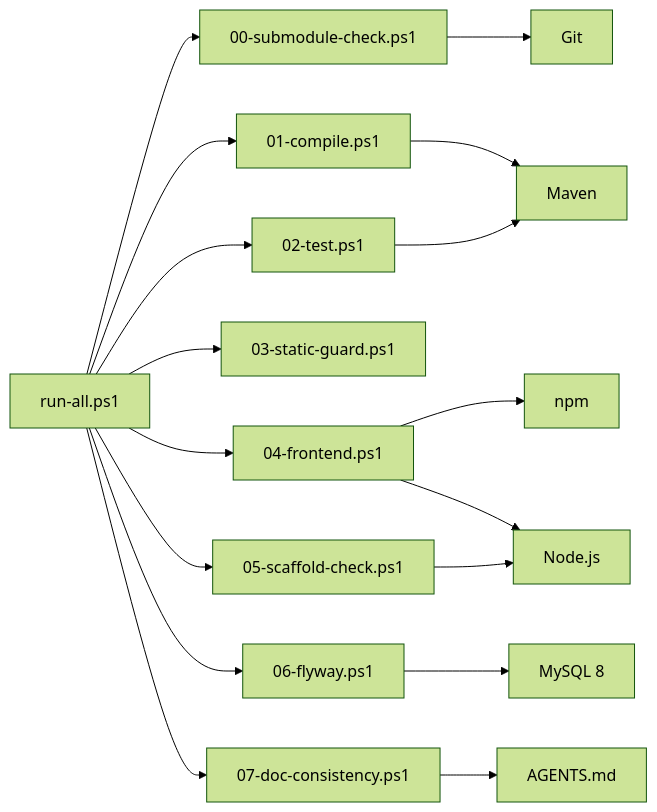
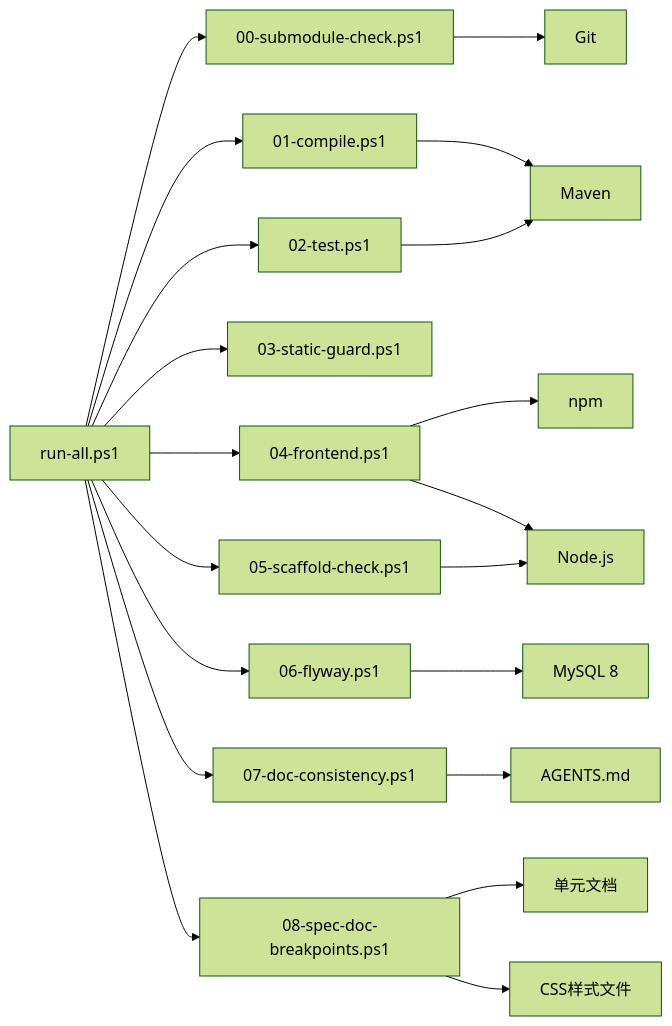
Before and after one commit to luyitiger6/my-first-project: diagram 12 of 12 in .qoder/repowiki/zh/content/自动化验证/自动化验证.md, drawn with Mermaid (forest theme). The commit also changed other lines of this file and 41 other files, not shown here.

````diff
--- a/.qoder/repowiki/zh/content/自动化验证/自动化验证.md
+++ b/.qoder/repowiki/zh/content/自动化验证/自动化验证.md
@@ -510,19 +572,22 @@
 ```mermaid
 graph LR
 RunAll["run-all.ps1"] --> Submodule["00-submodule-check.ps1"]
 RunAll --> Compile["01-compile.ps1"]
 RunAll --> TestGate["02-test.ps1"]
 RunAll --> StaticGuard["03-static-guard.ps1"]
 RunAll --> Frontend["04-frontend.ps1"]
 RunAll --> Scaffold["05-scaffold-check.ps1"]
 RunAll --> Flyway["06-flyway.ps1"]
 RunAll --> DocConsistency["07-doc-consistency.ps1"]
+RunAll --> SpecBreakpoints["08-spec-doc-breakpoints.ps1"]
 Compile --> Maven["Maven"]
 TestGate --> Maven
 Frontend --> Npm["npm"]
 Frontend --> Node["Node.js"]
 Scaffold --> Node
 Submodule --> Git["Git"]
 Flyway --> MySQL["MySQL 8"]
 DocConsistency --> AGENTS["AGENTS.md"]
+SpecBreakpoints --> Docs["单元文档"]
+SpecBreakpoints --> CSS["CSS样式文件"]
 ```
````
